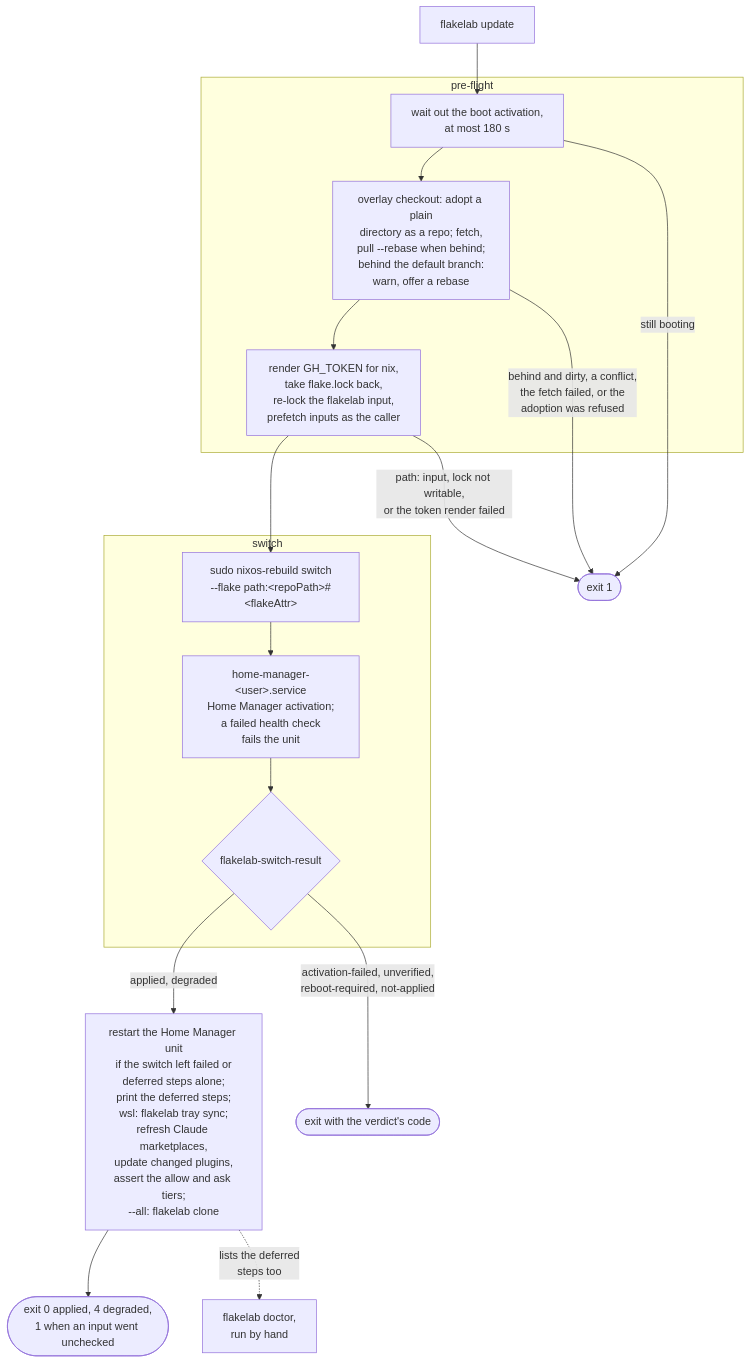
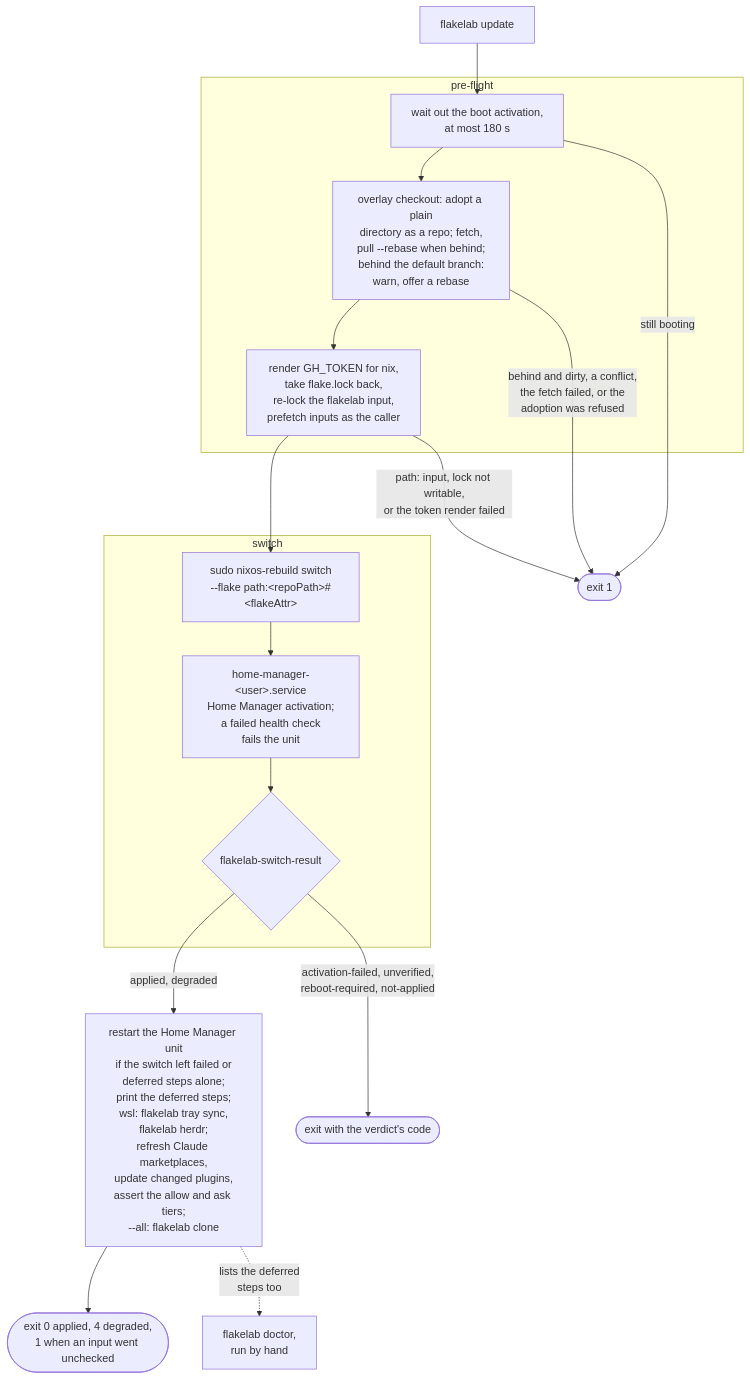
One commit to tyclab/flakelab changed the third of 4 diagrams in ARCHITECTURE.md. Above: the diagram before and after it, drawn with Mermaid. The commit also changed 15 other files, not shown here.

First line of the commit message:
feat(herdr): a wsl box registers itself as a machine in the Herdr app on Windows

````diff
--- a/ARCHITECTURE.md
+++ b/ARCHITECTURE.md
@@ -273,27 +273,27 @@
 ```mermaid
 flowchart TB
     START["flakelab update"]
     subgraph pre["pre-flight"]
         BOOT["wait out the boot activation,<br/>at most 180 s"]
         DRIFT["overlay checkout: adopt a plain<br/>directory as a repo; fetch,<br/>pull --rebase when behind;<br/>behind the default branch:<br/>warn, offer a rebase"]
         LOCK["render GH_TOKEN for nix,<br/>take flake.lock back,<br/>re-lock the flakelab input,<br/>prefetch inputs as the caller"]
     end
     subgraph sw["switch"]
         REBUILD["sudo nixos-rebuild switch<br/>--flake path:#lt;repoPath#gt;#35;#lt;flakeAttr#gt;"]
         HM["home-manager-#lt;user#gt;.service<br/>Home Manager activation;<br/>a failed health check<br/>fails the unit"]
         RESULT{"flakelab-switch-result"}
     end
-    POST["restart the Home Manager unit<br/>if the switch left failed or<br/>deferred steps alone;<br/>print the deferred steps;<br/>wsl: flakelab tray sync;<br/>refresh Claude marketplaces,<br/>update changed plugins,<br/>assert the allow and ask tiers;<br/>--all: flakelab clone"]
+    POST["restart the Home Manager unit<br/>if the switch left failed or<br/>deferred steps alone;<br/>print the deferred steps;<br/>wsl: flakelab tray sync,<br/>flakelab herdr;<br/>refresh Claude marketplaces,<br/>update changed plugins,<br/>assert the allow and ask tiers;<br/>--all: flakelab clone"]
     STOP(["exit 1"])
     CODE(["exit with the verdict's code"])
     DONE(["exit 0 applied, 4 degraded,<br/>1 when an input went unchecked"])
     DOCTOR["flakelab doctor,<br/>run by hand"]
 
     START --> BOOT --> DRIFT --> LOCK --> REBUILD --> HM --> RESULT
     BOOT -->|"still booting"| STOP
     DRIFT -->|"behind and dirty, a conflict,<br/>the fetch failed, or the<br/>adoption was refused"| STOP
     LOCK -->|"path: input, lock not writable,<br/>or the token render failed"| STOP
     RESULT -->|"applied, degraded"| POST --> DONE
     RESULT -->|"activation-failed, unverified,<br/>reboot-required, not-applied"| CODE
     POST -.->|"lists the deferred<br/>steps too"| DOCTOR
 ```
````
